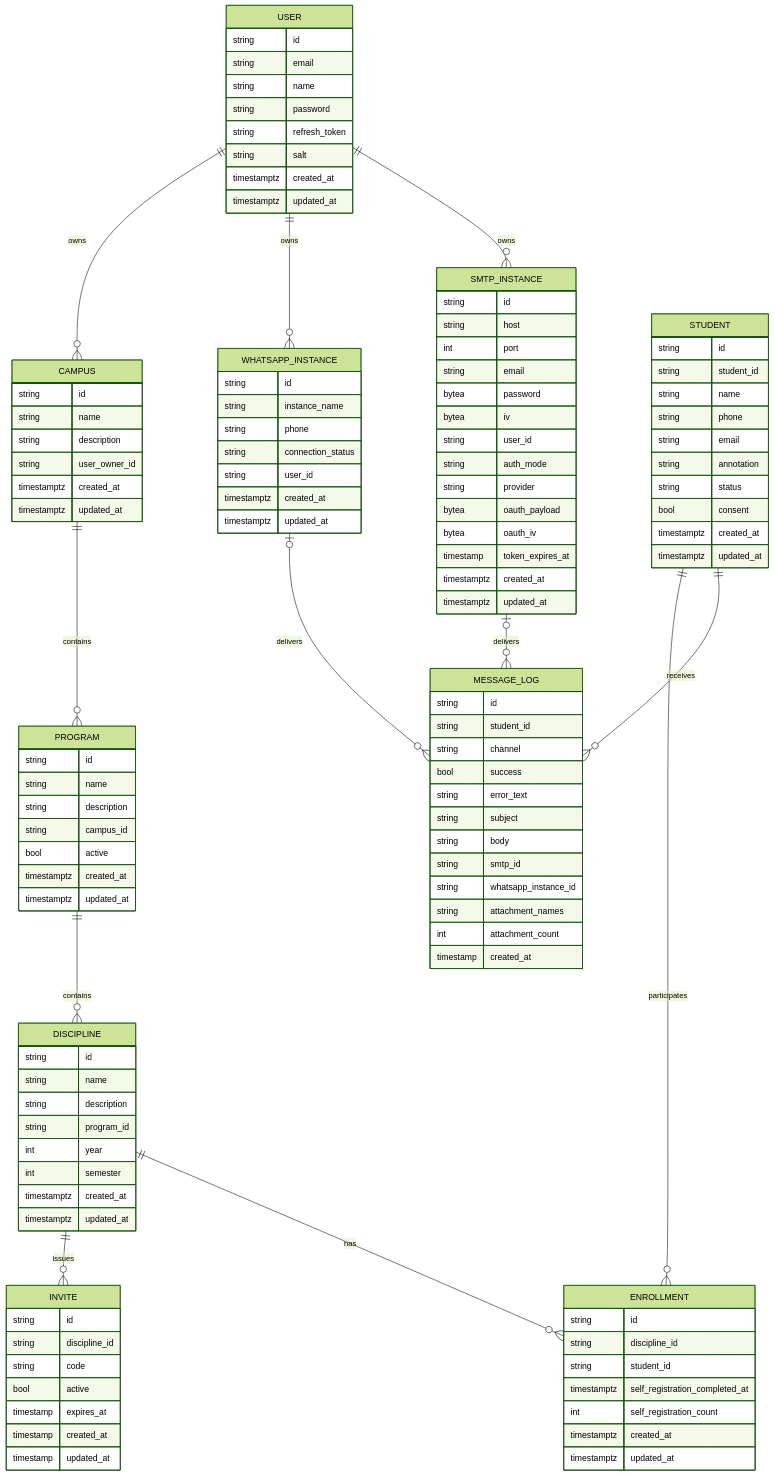
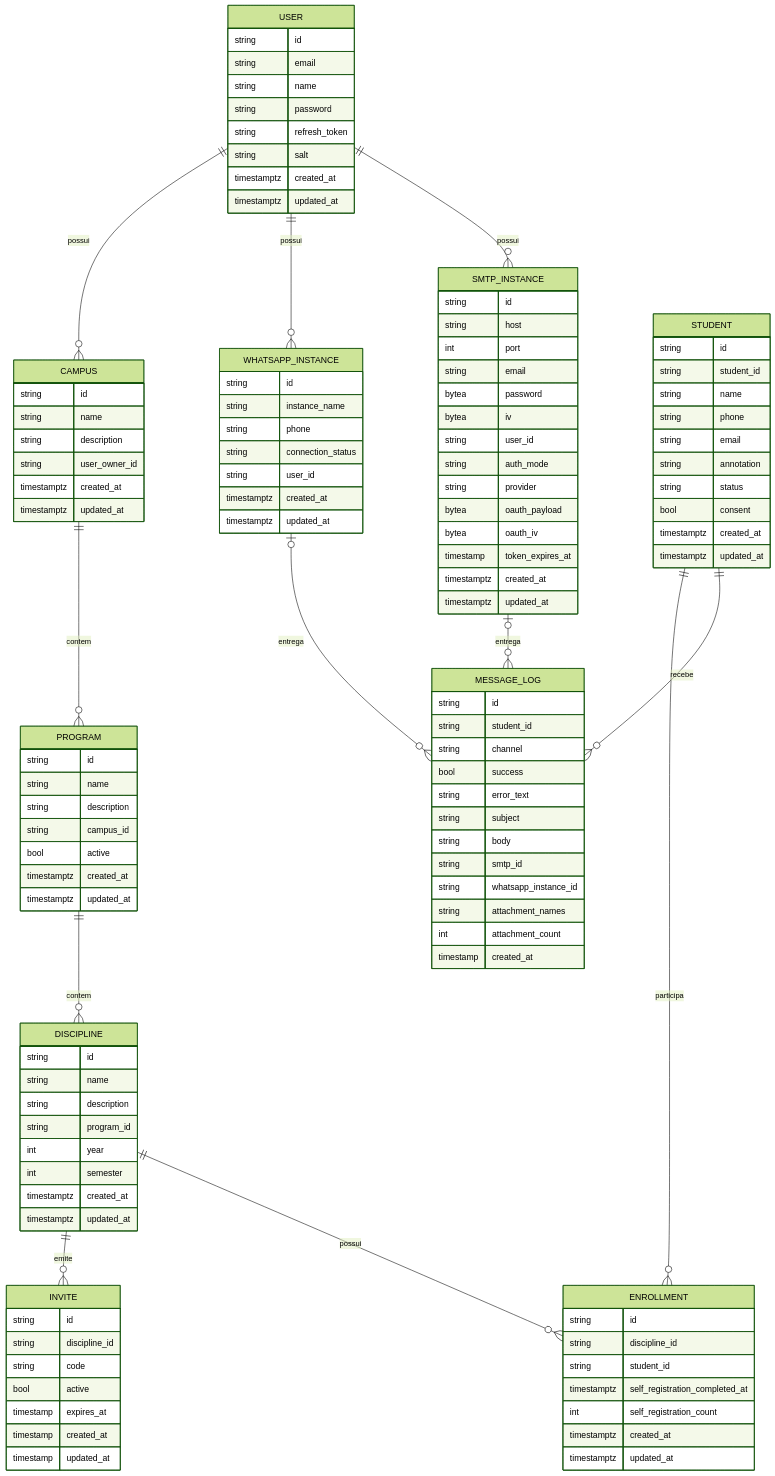
The seventh of 8 diagrams in README.md (ThalysSilva/unicast-backend), drawn with Mermaid (forest theme) before and after one commit. The commit also changed other lines of this file, not shown here.

Commit message:
fix: corrigindo diagramas no readme

````diff
--- a/README.md
+++ b/README.md
@@ -397,19 +406,19 @@
 ```mermaid
 erDiagram
-    USER ||--o{ CAMPUS : owns
-    USER ||--o{ WHATSAPP_INSTANCE : owns
-    USER ||--o{ SMTP_INSTANCE : owns
+    USER ||--o{ CAMPUS : possui
+    USER ||--o{ WHATSAPP_INSTANCE : possui
+    USER ||--o{ SMTP_INSTANCE : possui
 
-    CAMPUS ||--o{ PROGRAM : contains
-    PROGRAM ||--o{ DISCIPLINE : contains
-    DISCIPLINE ||--o{ INVITE : issues
-    DISCIPLINE ||--o{ ENROLLMENT : has
+    CAMPUS ||--o{ PROGRAM : contem
+    PROGRAM ||--o{ DISCIPLINE : contem
+    DISCIPLINE ||--o{ INVITE : emite
+    DISCIPLINE ||--o{ ENROLLMENT : possui
 
-    STUDENT ||--o{ ENROLLMENT : participates
-    STUDENT ||--o{ MESSAGE_LOG : receives
+    STUDENT ||--o{ ENROLLMENT : participa
+    STUDENT ||--o{ MESSAGE_LOG : recebe
 
-    WHATSAPP_INSTANCE |o--o{ MESSAGE_LOG : delivers
-    SMTP_INSTANCE |o--o{ MESSAGE_LOG : delivers
+    WHATSAPP_INSTANCE |o--o{ MESSAGE_LOG : entrega
+    SMTP_INSTANCE |o--o{ MESSAGE_LOG : entrega
 
     USER {
         string id
````
